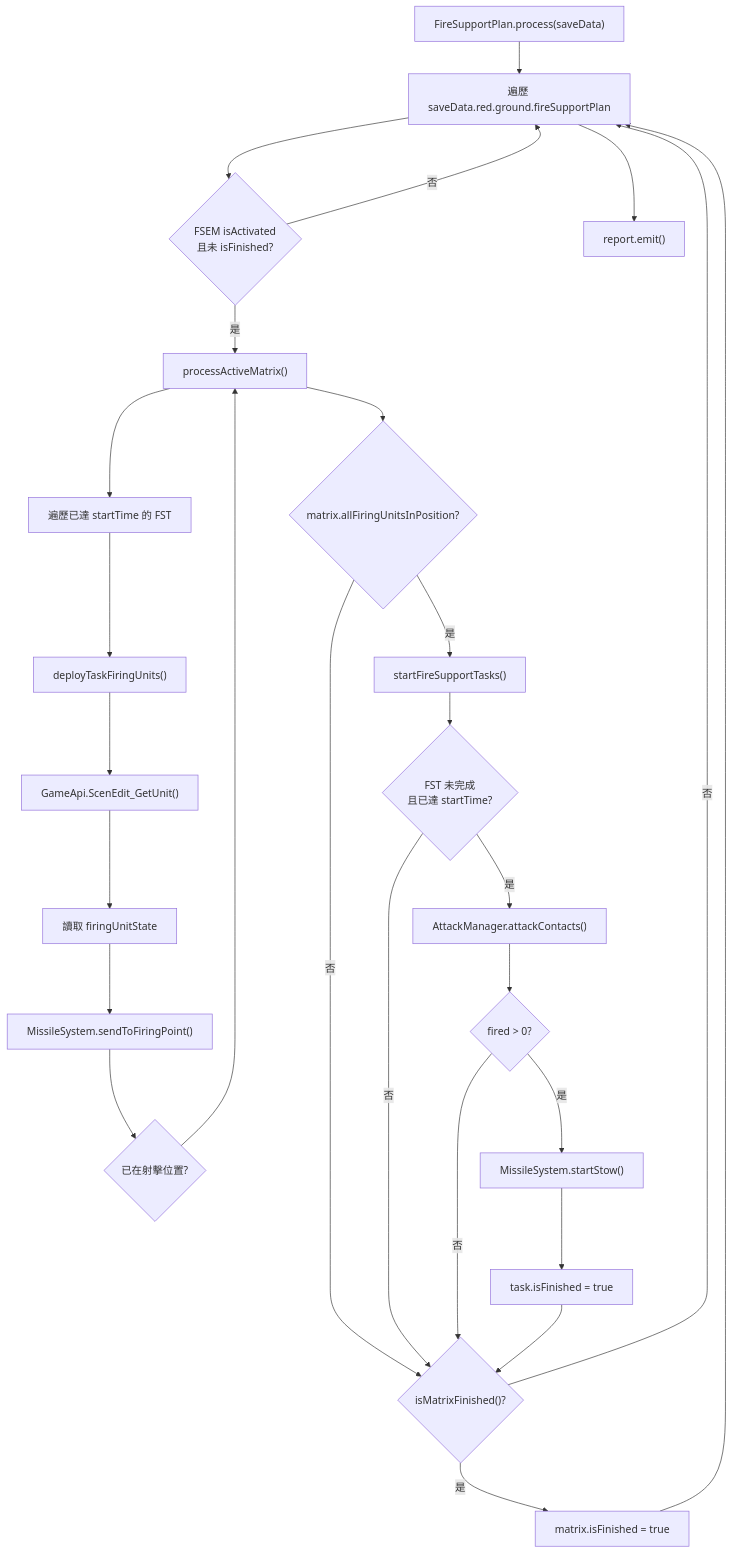
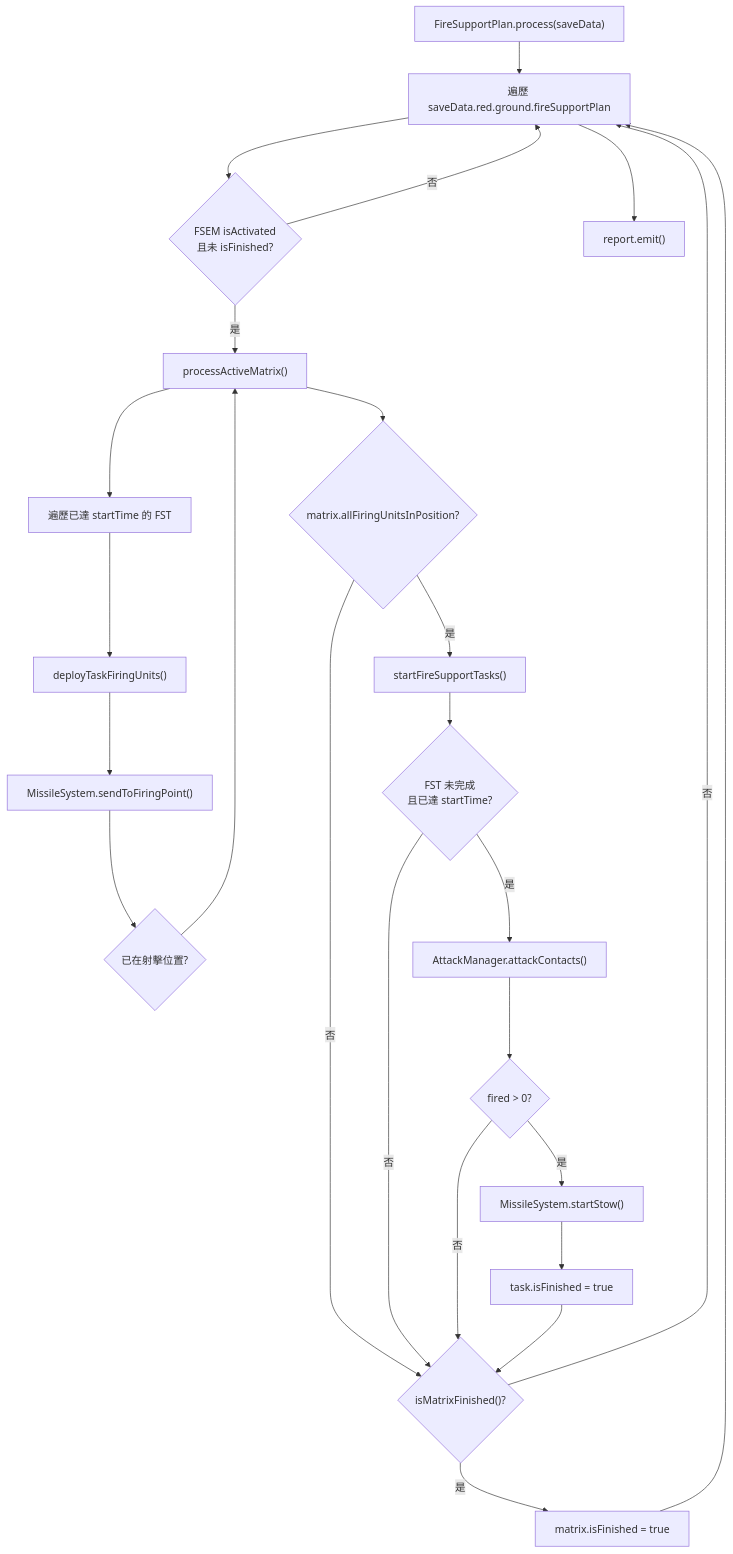
Before and after one commit to pullupjumper/formosa-in-flames: the diagram in docs/strikePlanner/fireSupportPlan.md, drawn with Mermaid. The commit also changed other lines of this file and 12 other files, not shown here.

First line of the commit message:
refactor(missileSystem): expose firing unit readiness instead of raw state

````diff
--- a/docs/strikePlanner/fireSupportPlan.md
+++ b/docs/strikePlanner/fireSupportPlan.md
@@ -100,50 +98,46 @@
 ```mermaid
 flowchart TD
     START["FireSupportPlan.process(saveData)"]
     LOOP["遍歷 saveData.red.ground.fireSupportPlan"]
     ACTIVE{"FSEM isActivated<br/>且未 isFinished?"}
     PROCESS["processActiveMatrix()"]
     DEPLOY_TASK["遍歷已達 startTime 的 FST"]
     DEPLOY_UNIT["deployTaskFiringUnits()"]
-    GET_UNIT["GameApi.ScenEdit_GetUnit()"]
-    GET_CTX["讀取 firingUnitState"]
     SEND["MissileSystem.sendToFiringPoint()"]
     STATIC{"已在射擊位置?"}
     ALL_READY{"matrix.allFiringUnitsInPosition?"}
     EXECUTE["startFireSupportTasks()"]
     TASK_READY{"FST 未完成<br/>且已達 startTime?"}
     ATTACK["AttackManager.attackContacts()"]
     FIRED{"fired > 0?"}
     STOW["MissileSystem.startStow()"]
     TASK_DONE["task.isFinished = true"]
     MATRIX_DONE{"isMatrixFinished()?"}
     FINISH["matrix.isFinished = true"]
     LOG["report.emit()"]
 
     START --> LOOP
     LOOP --> ACTIVE
     ACTIVE -->|否| LOOP
     ACTIVE -->|是| PROCESS
     PROCESS --> DEPLOY_TASK
     DEPLOY_TASK --> DEPLOY_UNIT
-    DEPLOY_UNIT --> GET_UNIT
-    GET_UNIT --> GET_CTX
-    GET_CTX --> SEND
+    DEPLOY_UNIT --> SEND
     SEND --> STATIC
     STATIC --> PROCESS
     PROCESS --> ALL_READY
     ALL_READY -->|是| EXECUTE
     ALL_READY -->|否| MATRIX_DONE
     EXECUTE --> TASK_READY
     TASK_READY -->|是| ATTACK
     TASK_READY -->|否| MATRIX_DONE
     ATTACK --> FIRED
     FIRED -->|是| STOW
     FIRED -->|否| MATRIX_DONE
     STOW --> TASK_DONE
     TASK_DONE --> MATRIX_DONE
     MATRIX_DONE -->|是| FINISH
     MATRIX_DONE -->|否| LOOP
     FINISH --> LOOP
     LOOP --> LOG
 ```
````
